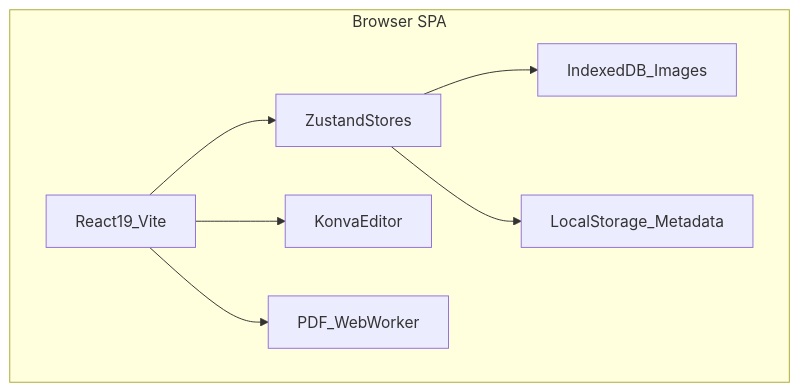
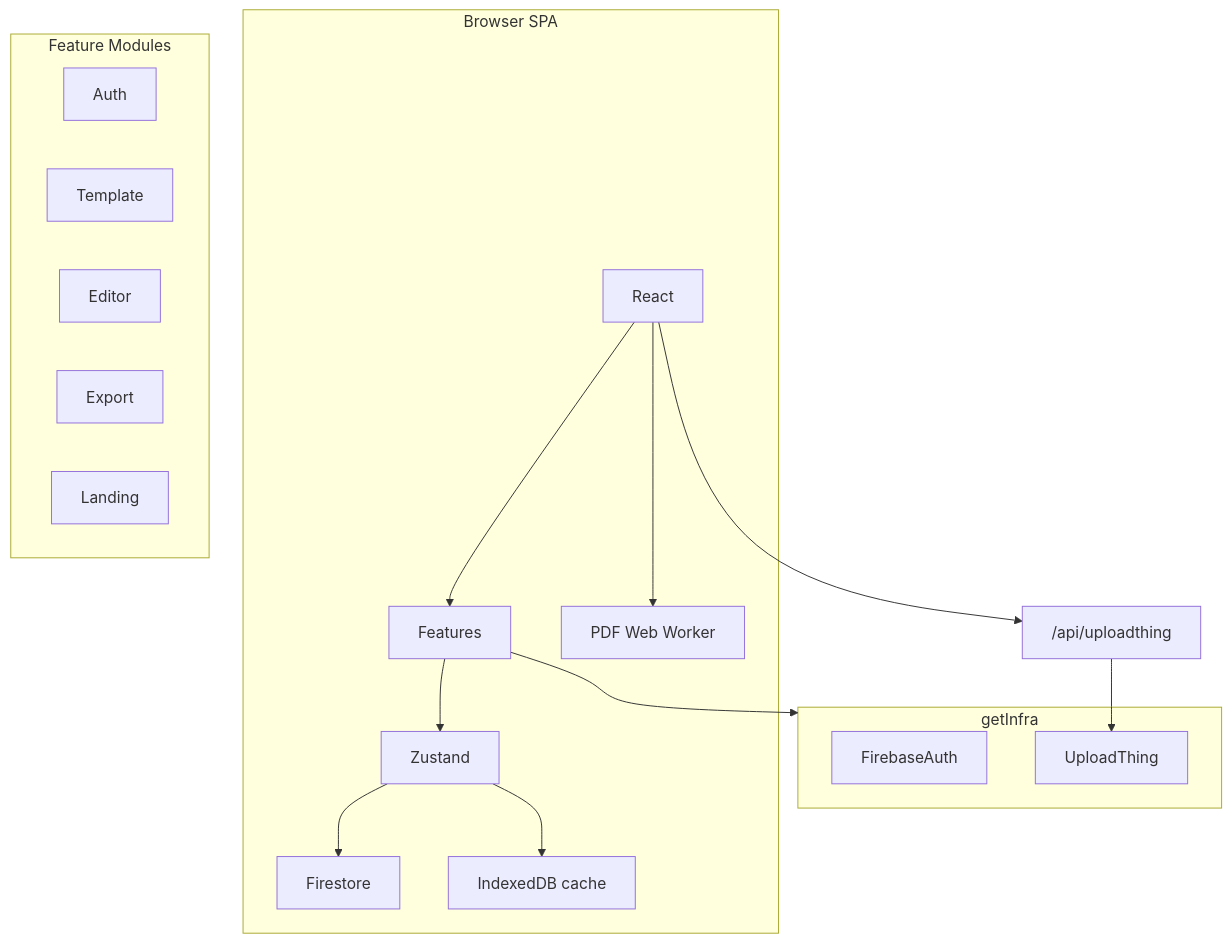
One commit to mariamoraan/planner-maker-spa changed the second of 4 diagrams in README.md. Above: the diagram before and after it, drawn with Mermaid. The commit also changed other lines of this file and 2 other files, not shown here.

Commit message:
docs: update README and add architecture documentation; clarify image storage options and enhance project overview

````diff
--- a/README.md
+++ b/README.md
@@ -105,16 +80,28 @@
 ```mermaid
 flowchart TB
   subgraph client [Browser SPA]
-    react[React19_Vite]
-    zustand[ZustandStores]
-    konva[KonvaEditor]
-    idb[IndexedDB_Images]
-    ls[LocalStorage_Metadata]
-    worker[PDF_WebWorker]
+    React --> Features
+    Features --> Zustand
+    Zustand --> Firestore
+    Zustand --> ImageCache[IndexedDB cache]
+    React --> PDFWorker[PDF Web Worker]
   end
-  react --> zustand
-  zustand --> idb
-  zustand --> ls
-  react --> konva
-  react --> worker
+
+  subgraph features [Feature Modules]
+    Auth
+    Template
+    Editor
+    Export
+    Landing
+  end
+
+  subgraph infra [getInfra]
+    FirebaseAuth
+    Firestore
+    UploadThing
+  end
+
+  Features --> infra
+  React --> VercelAPI["/api/uploadthing"]
+  VercelAPI --> UploadThing
 ```
````
